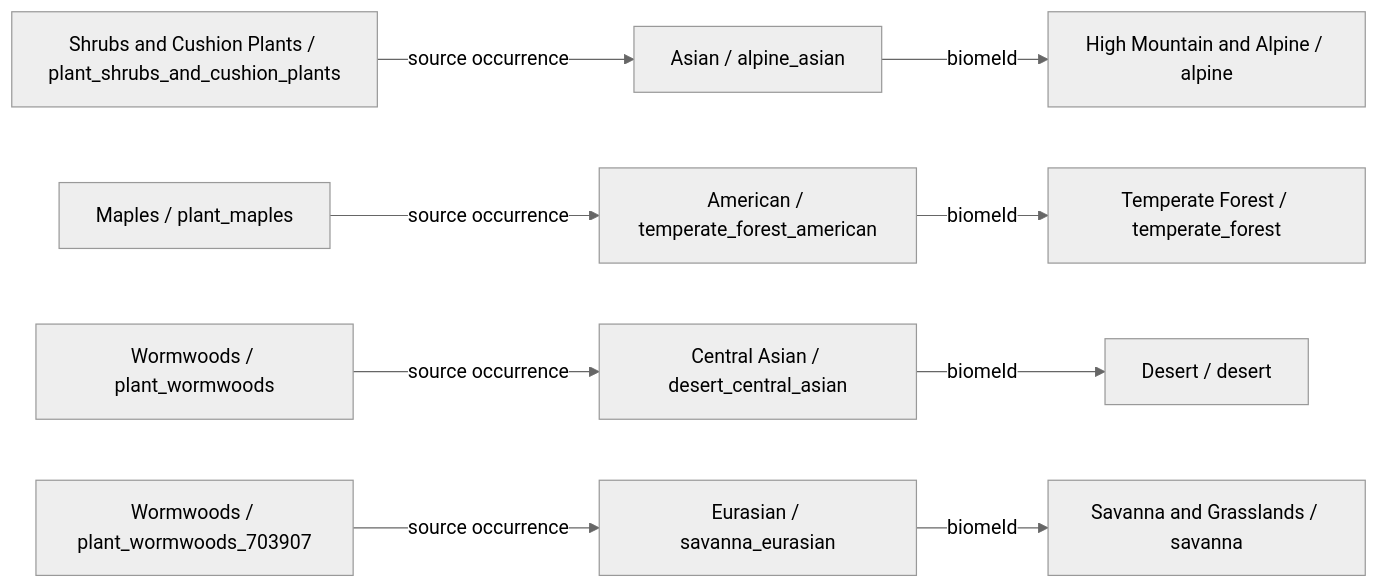
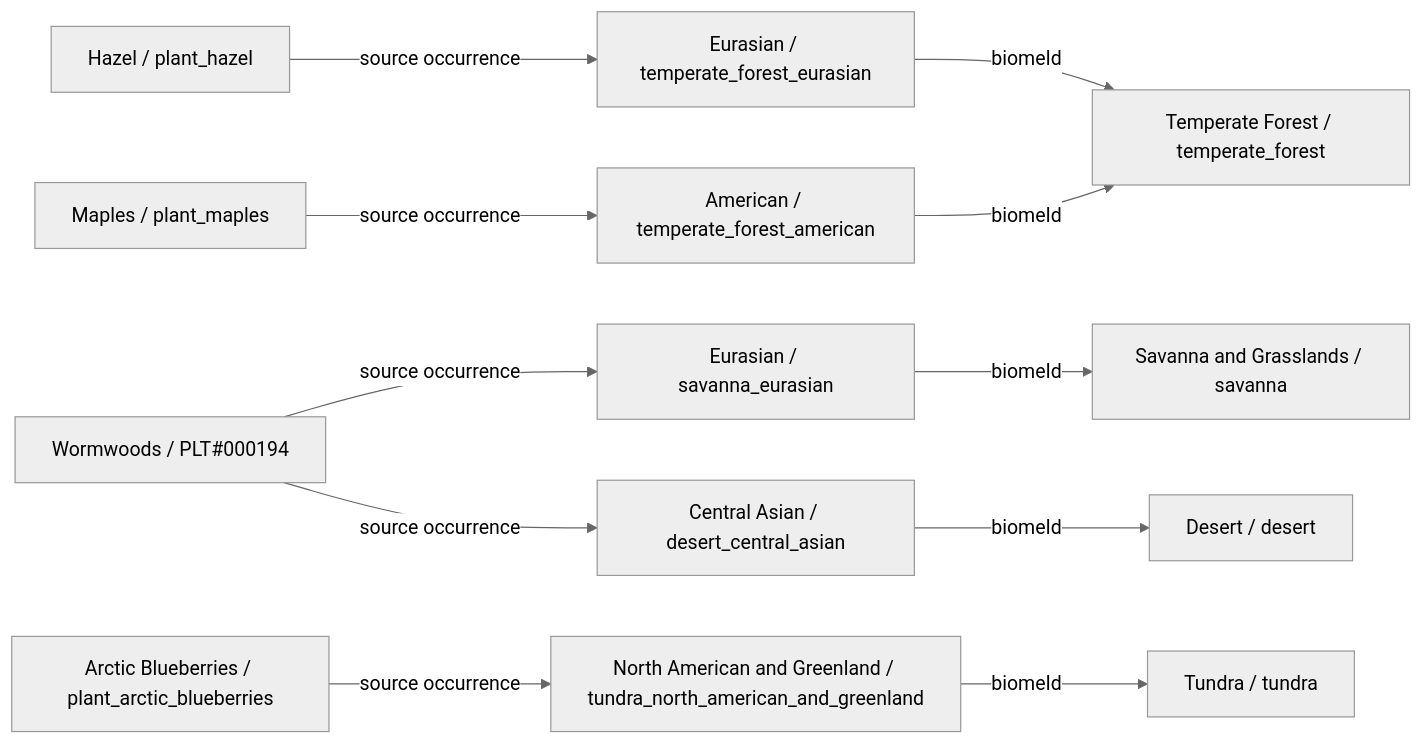
Before and after one commit to fgabo404/EvolveDoc: the fourth of 34 diagrams in data/plants/DIAGRAMS.md, drawn with Mermaid (neutral theme). The commit also changed other lines of this file and 59 other files, not shown here.

````diff
--- a/data/plants/DIAGRAMS.md
+++ b/data/plants/DIAGRAMS.md
@@ -253,23 +224,26 @@
 ```mermaid
 flowchart LR
-    c0["Shrubs and Cushion Plants / plant_shrubs_and_cushion_plants"]
-    v24["Asian / alpine_asian"]
-    b6["High Mountain and Alpine / alpine"]
-    c1["Maples / plant_maples"]
+    c0["Maples / plant_maples"]
     v5["American / temperate_forest_american"]
     b1["Temperate Forest / temperate_forest"]
-    c2["Wormwoods / plant_wormwoods"]
+    c1["Wormwoods / PLT#000194"]
+    v13["Eurasian / savanna_eurasian"]
+    b3["Savanna and Grasslands / savanna"]
     v17["Central Asian / desert_central_asian"]
     b4["Desert / desert"]
-    c3["Wormwoods / plant_wormwoods_703907"]
-    v13["Eurasian / savanna_eurasian"]
-    b3["Savanna and Grasslands / savanna"]
-    c0 -->|source occurrence| v24
-    c1 -->|source occurrence| v5
-    c2 -->|source occurrence| v17
-    c3 -->|source occurrence| v13
+    c2["Arctic Blueberries / plant_arctic_blueberries"]
+    v8["North American and Greenland / tundra_north_american_and_greenland"]
+    b2["Tundra / tundra"]
+    c3["Hazel / plant_hazel"]
+    v4["Eurasian / temperate_forest_eurasian"]
+    c0 -->|source occurrence| v5
+    c1 -->|source occurrence| v13
+    c1 -->|source occurrence| v17
+    c2 -->|source occurrence| v8
+    c3 -->|source occurrence| v4
     v13 -->|biomeId| b3
     v17 -->|biomeId| b4
-    v24 -->|biomeId| b6
+    v4 -->|biomeId| b1
     v5 -->|biomeId| b1
+    v8 -->|biomeId| b2
 ```
````
